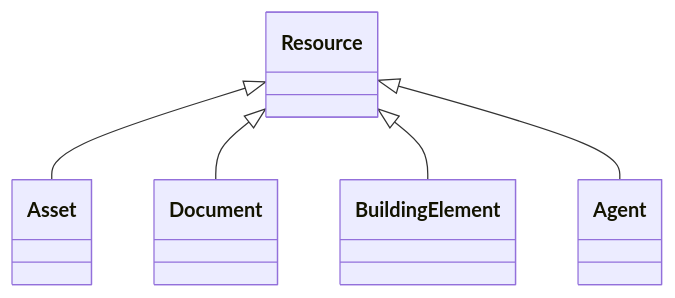
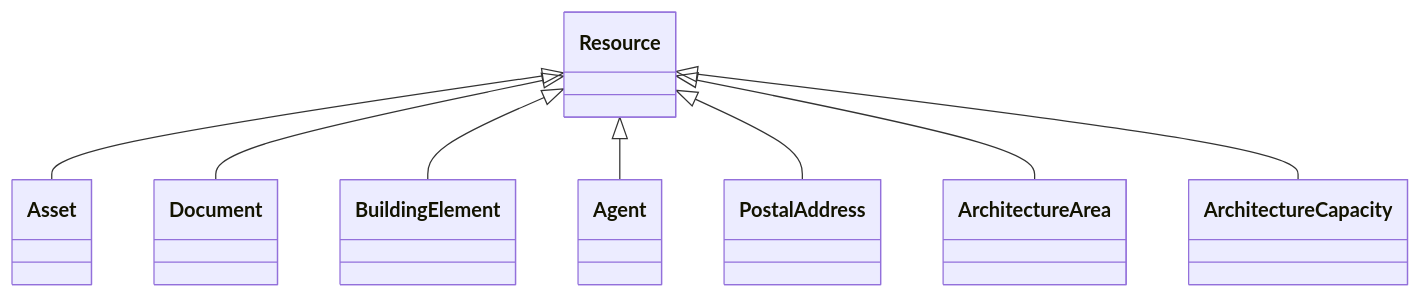
Before and after one commit to takashikasuya/smartbuiding_ontology: the diagram in docs/Resource.md, drawn with Mermaid. The commit also changed other lines of this file and 53 other files, not shown here.

````diff
--- a/docs/Resource.md
+++ b/docs/Resource.md
@@ -18,15 +18,21 @@
 ```mermaid
  classDiagram
     class Resource
     click Resource href "../Resource/"
       Resource <|-- Asset
         click Asset href "../Asset/"
       Resource <|-- Document
         click Document href "../Document/"
       Resource <|-- BuildingElement
         click BuildingElement href "../BuildingElement/"
       Resource <|-- Agent
         click Agent href "../Agent/"
+      Resource <|-- PostalAddress
+        click PostalAddress href "../PostalAddress/"
+      Resource <|-- ArchitectureArea
+        click ArchitectureArea href "../ArchitectureArea/"
+      Resource <|-- ArchitectureCapacity
+        click ArchitectureCapacity href "../ArchitectureCapacity/"
       
       
 ```
````
